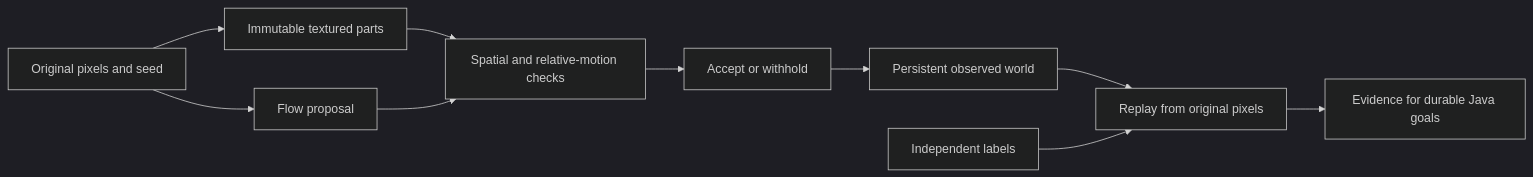
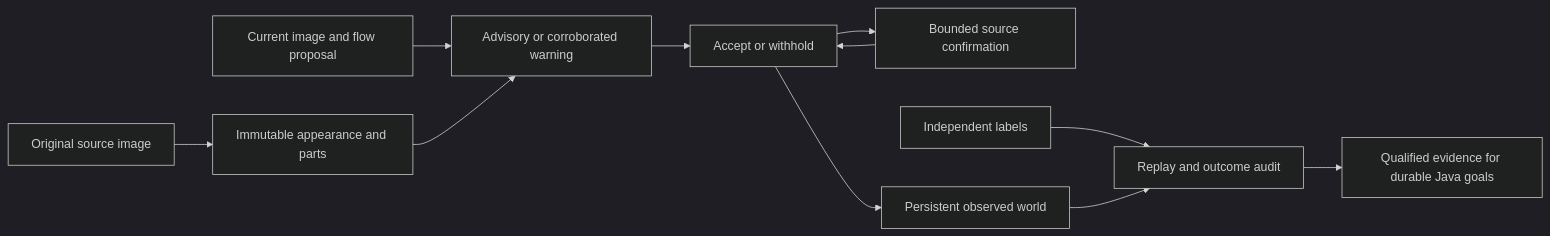
The diagram in README.md (eyeoverthink/Fraynix-Agent-Workspace), drawn with Mermaid (dark theme) before and after one commit. The commit also changed other lines of this file and 211 other files, not shown here.

Commit message:
Document edition 140 corroborated warnings and bounded restoration with independent retained evidence

````diff
--- a/README.md
+++ b/README.md
@@ -160,12 +144,13 @@
 ```mermaid
 flowchart LR
-  A[Original pixels and seed] --> B[Immutable textured parts]
-  A --> C[Flow proposal]
-  B --> D[Spatial and relative-motion checks]
-  C --> D
+  A[Original source image] --> B[Immutable appearance and parts]
+  C[Current image and flow proposal] --> D[Advisory or corroborated warning]
+  B --> D
   D --> E[Accept or withhold]
-  E --> F[Persistent observed world]
-  F --> G[Replay from original pixels]
-  H[Independent labels] --> G
-  G --> I[Evidence for durable Java goals]
+  E --> F[Bounded source confirmation]
+  F --> E
+  E --> G[Persistent observed world]
+  H[Independent labels] --> I[Replay and outcome audit]
+  G --> I
+  I --> J[Qualified evidence for durable Java goals]
 ```
````
